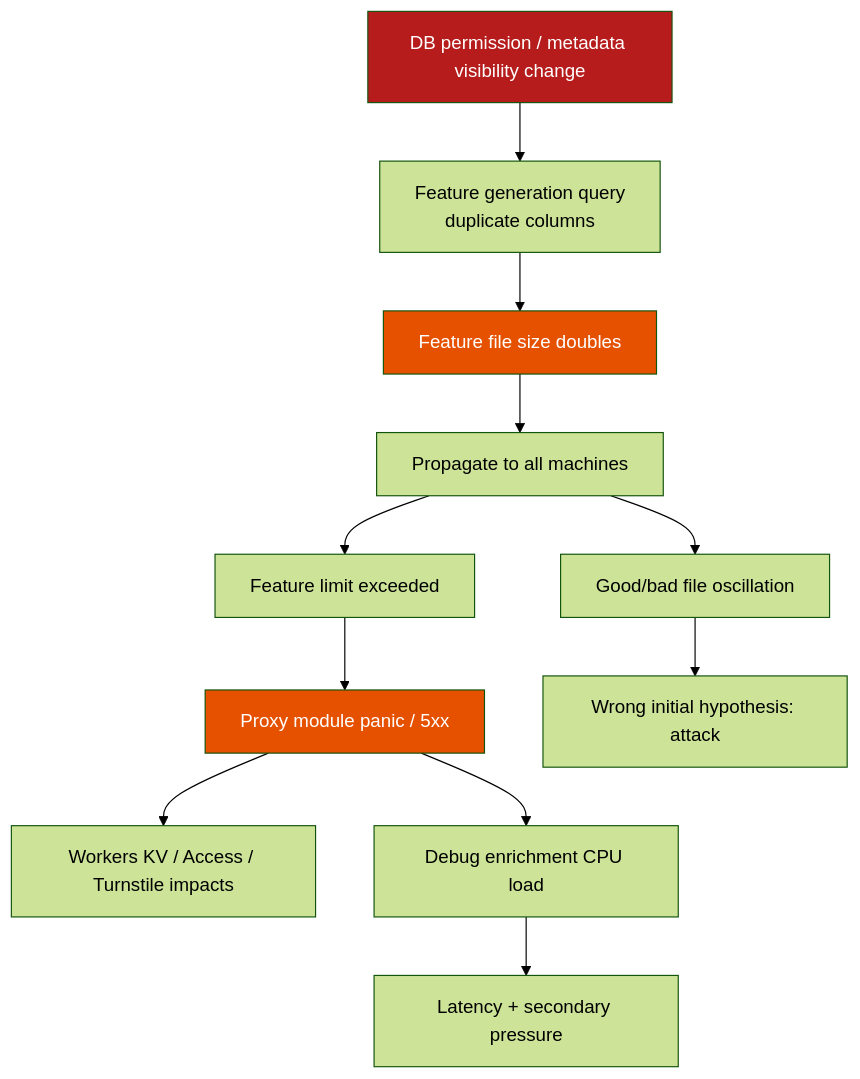
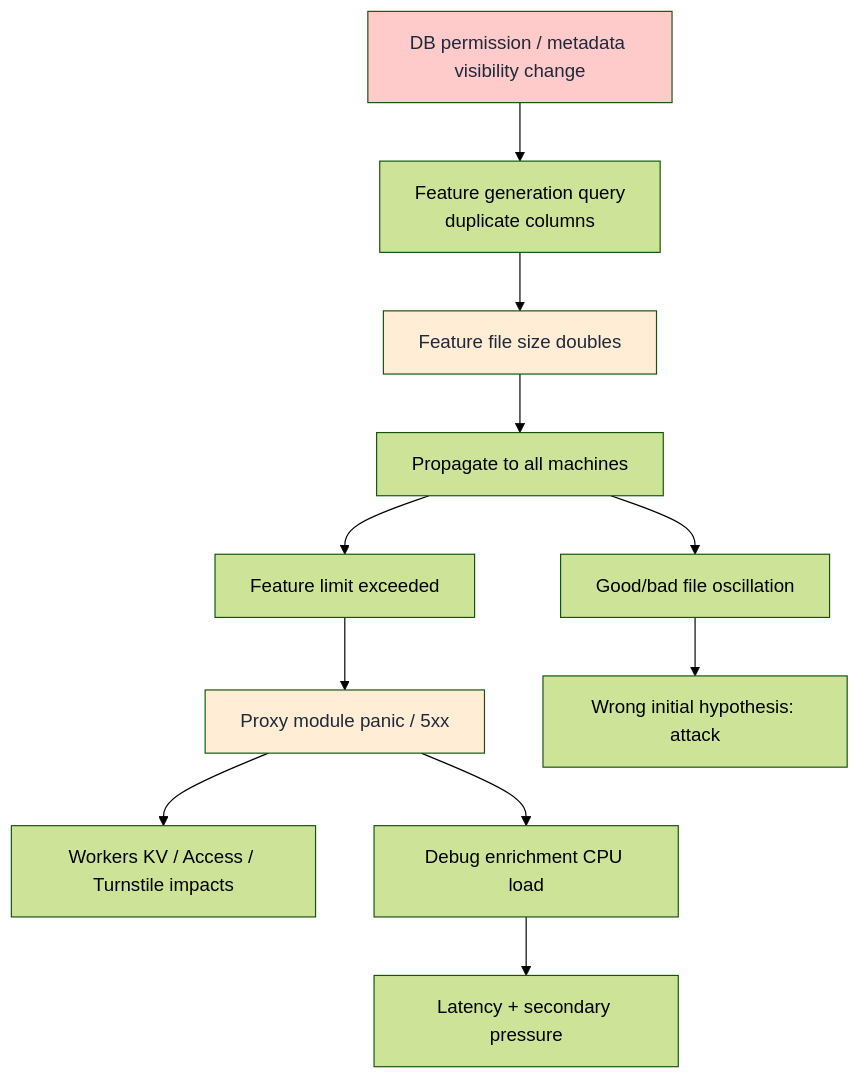
Before and after one commit to XUanhoa04/aiops-engineering-handbook: the sixth of 9 diagrams in docs/en/16-famous-incidents/README.md, drawn with Mermaid (forest theme). The commit also changed other lines of this file and 39 other files, not shown here.

First line of the commit message:
docs: concept-first Ch.08-12, collapse code, soft Mermaid colors

````diff
--- a/docs/en/16-famous-incidents/README.md
+++ b/docs/en/16-famous-incidents/README.md
@@ -770,17 +789,17 @@
 ```mermaid
 flowchart TD
     PERM[DB permission / metadata visibility change] --> Q[Feature generation query\nduplicate columns]
     Q --> FILE[Feature file size doubles]
     FILE --> PUSH[Propagate to all machines]
     PUSH --> LIMIT[Feature limit exceeded]
     LIMIT --> PANIC[Proxy module panic / 5xx]
     PANIC --> KV[Workers KV / Access / Turnstile impacts]
     PANIC --> ENRICH[Debug enrichment CPU load]
     ENRICH --> LAT[Latency + secondary pressure]
     PUSH --> FLAP[Good/bad file oscillation]
     FLAP --> HYP[Wrong initial hypothesis: attack]
 
-    style PERM fill:#b71c1c,color:#fff
-    style FILE fill:#e65100,color:#fff
-    style PANIC fill:#e65100,color:#fff
+    style PERM fill:#fecaca,color:#1e293b
+    style FILE fill:#ffedd5,color:#1e293b
+    style PANIC fill:#ffedd5,color:#1e293b
 ```
````
